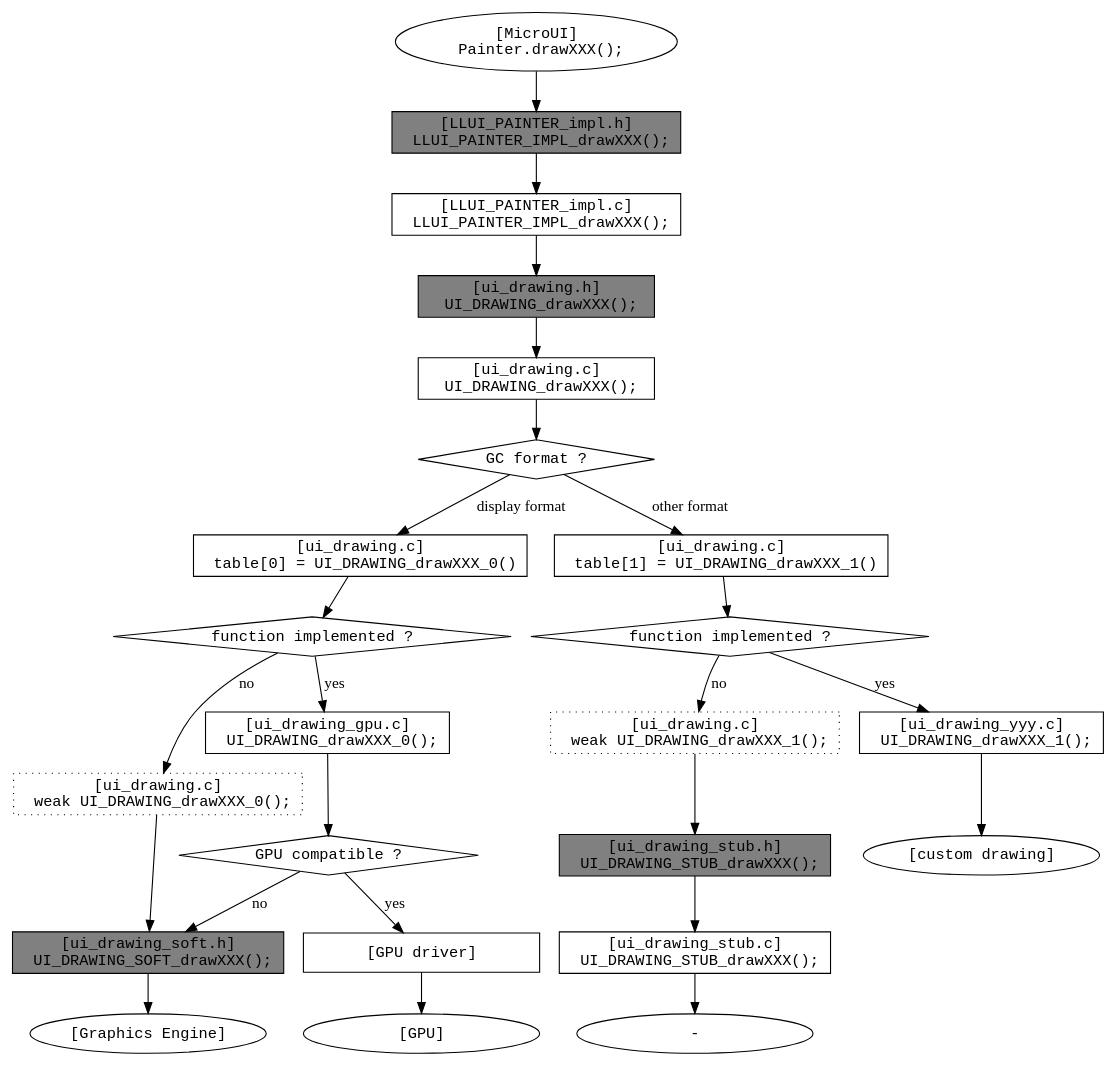
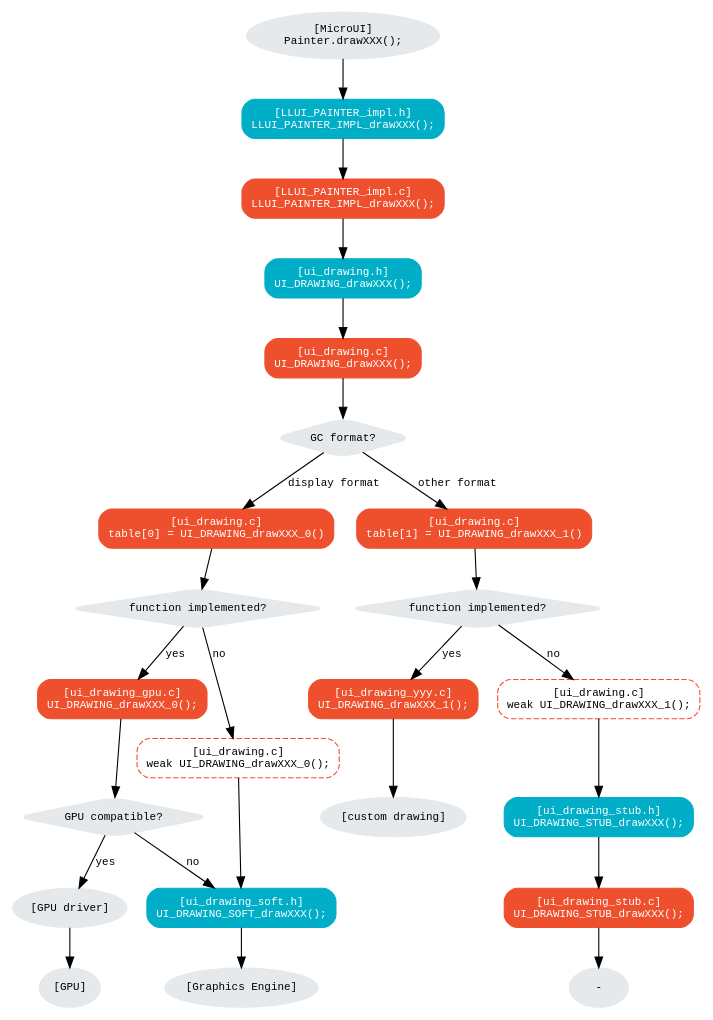
The first of 4 diagrams in VEEPortingGuide/uiBufferedImage.rst (MicroEJ/docs), drawn with Graphviz before and after one commit. The commit also changed other lines of this file and 2 other files, not shown here.

Commit message:
Update graphs look.

```diff
--- a/VEEPortingGuide/uiBufferedImage.rst
+++ b/VEEPortingGuide/uiBufferedImage.rst
@@ -268,77 +268,75 @@
 .. graphviz::
     
   digraph {
     ratio="auto"
     splines="true";
-    node [style=filled fillcolor=white shape=rectangle fontname=monospace fontcolor=black width=3];
+    node [style="filled,rounded" fontname="courier new" fontsize="10"]
+    
+    { //in/out
+        node [shape="ellipse" color="#e5e9eb" fontcolor="black"] mui UID_soft_c UID_gpu_driver UID_gpu_hard UID_1_d stub
+    }
+    { // h
+        node [shape="box" color="#00aec7" fontcolor="white"] LLUI_h UID_h UID_soft_h UID_stub_h
+    }
+    { // c
+        node [shape="box" color="#ee502e" fontcolor="white"] LLUI_c UID_c UID_c0 UID_c1 UID_gpu_0_c UID_1_c UID_stub_c
+    }
+    { // weak
+        node [shape="box" style="dashed,rounded" color="#ee502e"] UID_weak_0_c UID_weak_1_c
+    }
+    { // choice
+        node [shape="diamond" color="#e5e9eb"] UID_cond UID_gpu_cond UID_table UID_cond_1
+    }
 
     // --- SIMPLE FLOW ELEMENTS -- //
 
-    mui [label="[MicroUI]
-    Painter.drawXXX();" shape=ellipse] 
-    LLUI_h [label="[LLUI_PAINTER_impl.h]
-    LLUI_PAINTER_IMPL_drawXXX();" fillcolor=gray]
-    LLUI_c [label="[LLUI_PAINTER_impl.c]
-    LLUI_PAINTER_IMPL_drawXXX();"]
-    UID_h [label="[ui_drawing.h]
-    UI_DRAWING_drawXXX();" fillcolor=gray]
-    // UID_weak_c [label="[ui_drawing.c]
-    // weak UI_DRAWING_drawXXX();" style=dotted]
-    UID_soft_h [label="[ui_drawing_soft.h]
-    UI_DRAWING_SOFT_drawXXX();" fillcolor=gray]
-    UID_soft_c [label="[Graphics Engine]" shape=ellipse]
+    mui [label="[MicroUI]\nPainter.drawXXX();"] 
+    LLUI_h [label="[LLUI_PAINTER_impl.h]\nLLUI_PAINTER_IMPL_drawXXX();"]
+    LLUI_c [label="[LLUI_PAINTER_impl.c]\nLLUI_PAINTER_IMPL_drawXXX();"]
+    UID_h [label="[ui_drawing.h]\nUI_DRAWING_drawXXX();"]
+    UID_soft_h [label="[ui_drawing_soft.h]\nUI_DRAWING_SOFT_drawXXX();"]
+    UID_soft_c [label="[Graphics Engine]"]
 
     // --- GPU FLOW ELEMENTS -- //
 
-    UID_cond [label="function implemented ?" shape=diamond]
-    // UID_gpu_c [label="[ui_drawing_gpu.c]
-    // UI_DRAWING_drawXXX();"]
-    UID_gpu_cond [label="GPU compatible ?" shape=diamond]
+    UID_cond [label="function implemented?"]
+    UID_gpu_cond [label="GPU compatible?"]
     UID_gpu_driver [label="[GPU driver]"]
-    UID_gpu_hard [label="[GPU]" shape=ellipse]
+    UID_gpu_hard [label="[GPU]"]
 
     // --- MULTIPLE GC FLOW ELEMENTS -- //
 
-    UID_c [label="[ui_drawing.c]
-    UI_DRAWING_drawXXX();"]
-    UID_table [label="GC format ?" shape=diamond]
-    UID_c0 [label="[ui_drawing.c]
-    table[0] = UI_DRAWING_drawXXX_0()"]
-    UID_c1 [label="[ui_drawing.c]
-    table[1] = UI_DRAWING_drawXXX_1()"]
-    UID_weak_0_c [label="[ui_drawing.c]
-    weak UI_DRAWING_drawXXX_0();" style=dotted]
-    UID_gpu_0_c [label="[ui_drawing_gpu.c]
-    UI_DRAWING_drawXXX_0();"]
-    UID_cond_1 [label="function implemented ?" shape=diamond]
-    UID_weak_1_c [label="[ui_drawing.c]
-    weak UI_DRAWING_drawXXX_1();" style=dotted]
-    UID_1_c [label="[ui_drawing_yyy.c]
-    UI_DRAWING_drawXXX_1();"]
-    UID_1_d [label="[custom drawing]" shape=ellipse]
+    UID_c [label="[ui_drawing.c]\nUI_DRAWING_drawXXX();"]
+    UID_table [label="GC format?"]
+    UID_c0 [label="[ui_drawing.c]\ntable[0] = UI_DRAWING_drawXXX_0()"]
+    UID_c1 [label="[ui_drawing.c]\ntable[1] = UI_DRAWING_drawXXX_1()"]
+    UID_weak_0_c [label="[ui_drawing.c]\nweak UI_DRAWING_drawXXX_0();"]
+    UID_gpu_0_c [label="[ui_drawing_gpu.c]\nUI_DRAWING_drawXXX_0();"]
+    UID_cond_1 [label="function implemented?"]
+    UID_weak_1_c [label="[ui_drawing.c]\nweak UI_DRAWING_drawXXX_1();"]
+    UID_1_c [label="[ui_drawing_yyy.c]\nUI_DRAWING_drawXXX_1();"]
+    UID_1_d [label="[custom drawing]"]
 
-    UID_stub_h [label="[ui_drawing_stub.h]
-    UI_DRAWING_STUB_drawXXX();" fillcolor=gray]
-    UID_stub_c [label="[ui_drawing_stub.c]
-    UI_DRAWING_STUB_drawXXX();"]
-    stub [label="-" shape=ellipse]
+    UID_stub_h [label="[ui_drawing_stub.h]\nUI_DRAWING_STUB_drawXXX();"]
+    UID_stub_c [label="[ui_drawing_stub.c]\nUI_DRAWING_STUB_drawXXX();"]
+    stub [label="-"]
 
     // --- FLOW -- //
 
     mui->LLUI_h->LLUI_c->UID_h->UID_c->UID_table
-    UID_table->UID_c0 [label="display format"]
+    UID_table->UID_c0 [label="display format" fontname="courier new" fontsize="10"]
     UID_c0->UID_cond
-    UID_table->UID_c1 [label="other format"]
+    UID_table->UID_c1 [label="other format" fontname="courier new" fontsize="10"]
     UID_c1->UID_cond_1
-    UID_cond->UID_weak_0_c [label="no"]
+    UID_cond->UID_weak_0_c [label="no" fontname="courier new" fontsize="10"]
     UID_weak_0_c->UID_soft_h->UID_soft_c
-    UID_cond->UID_gpu_0_c [label="yes"]
+    UID_cond->UID_gpu_0_c [label="yes" fontname="courier new" fontsize="10"]
     UID_gpu_0_c->UID_gpu_cond
-    UID_cond_1->UID_weak_1_c [label="no"]
+    UID_cond_1->UID_weak_1_c [label="no" fontname="courier new" fontsize="10"]
     UID_weak_1_c->UID_stub_h->UID_stub_c->stub
-    UID_cond_1->UID_1_c [label="yes"]
+    UID_cond_1->UID_1_c [label="yes" fontname="courier new" fontsize="10"]
     UID_1_c->UID_1_d
-    UID_gpu_cond->UID_soft_h [label="no"]
-    UID_gpu_cond->UID_gpu_driver [label="yes"]
+    UID_gpu_cond->UID_soft_h [label="no" fontname="courier new" fontsize="10"]
+    UID_gpu_cond->UID_gpu_driver [label="yes" fontname="courier new" fontsize="10"]
     UID_gpu_driver->UID_gpu_hard
   }
```
